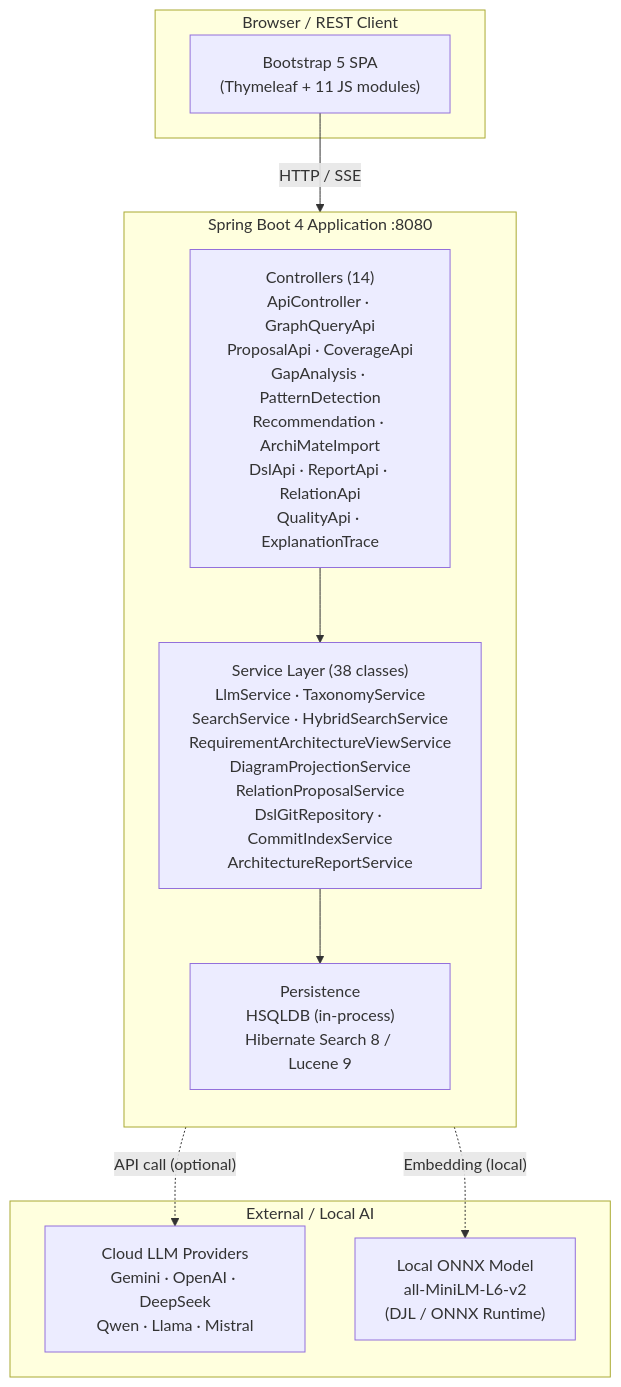
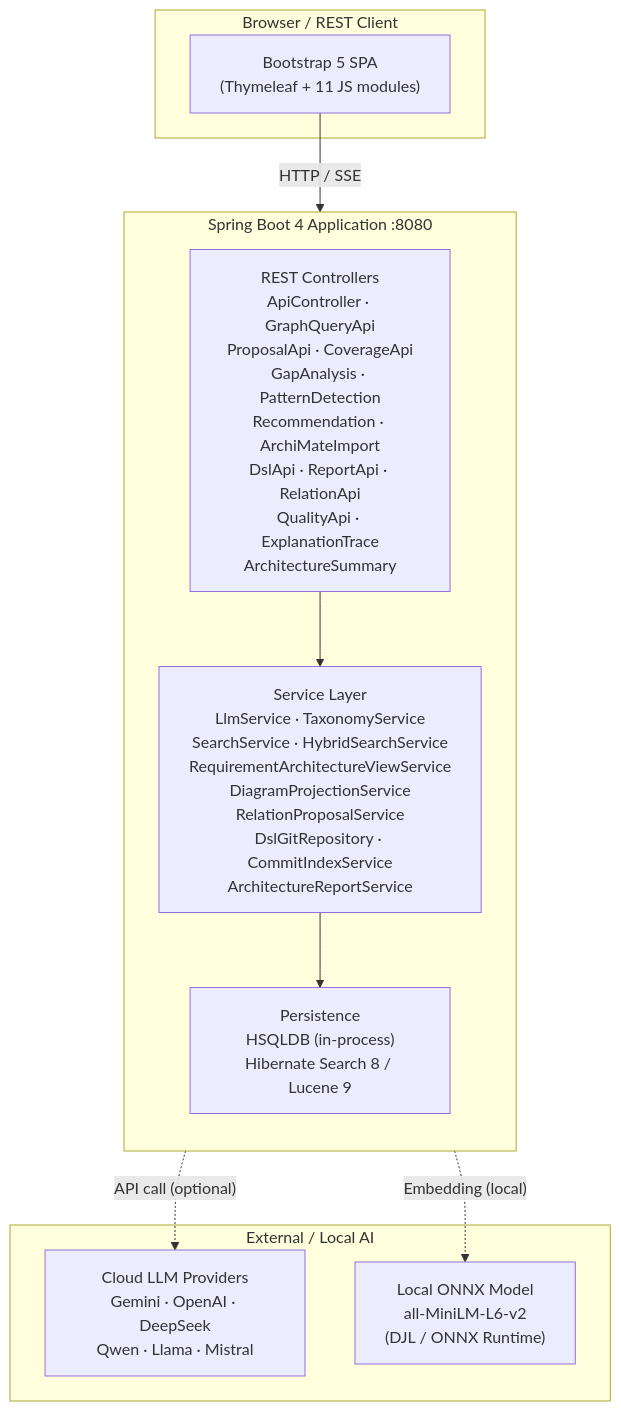
One commit to carstenartur/Taxonomy changed the first of 5 diagrams in docs/ARCHITECTURE.md. Above: the diagram before and after it, drawn with Mermaid. The commit also changed other lines of this file and 11 other files, not shown here.

````diff
--- a/docs/ARCHITECTURE.md
+++ b/docs/ARCHITECTURE.md
@@ -34,24 +35,24 @@
 ```mermaid
 graph TB
     subgraph Client["Browser / REST Client"]
         UI["Bootstrap 5 SPA<br/>(Thymeleaf + 11 JS modules)"]
     end
 
     subgraph App["Spring Boot 4 Application :8080"]
         direction TB
-        Controllers["Controllers (14)<br/>ApiController · GraphQueryApi<br/>ProposalApi · CoverageApi<br/>GapAnalysis · PatternDetection<br/>Recommendation · ArchiMateImport<br/>DslApi · ReportApi · RelationApi<br/>QualityApi · ExplanationTrace"]
-        Services["Service Layer (38 classes)<br/>LlmService · TaxonomyService<br/>SearchService · HybridSearchService<br/>RequirementArchitectureViewService<br/>DiagramProjectionService<br/>RelationProposalService<br/>DslGitRepository · CommitIndexService<br/>ArchitectureReportService"]
+        Controllers["REST Controllers<br/>ApiController · GraphQueryApi<br/>ProposalApi · CoverageApi<br/>GapAnalysis · PatternDetection<br/>Recommendation · ArchiMateImport<br/>DslApi · ReportApi · RelationApi<br/>QualityApi · ExplanationTrace<br/>ArchitectureSummary"]
+        Services["Service Layer<br/>LlmService · TaxonomyService<br/>SearchService · HybridSearchService<br/>RequirementArchitectureViewService<br/>DiagramProjectionService<br/>RelationProposalService<br/>DslGitRepository · CommitIndexService<br/>ArchitectureReportService"]
         Persistence["Persistence<br/>HSQLDB (in-process)<br/>Hibernate Search 8 / Lucene 9"]
     end
 
     subgraph External["External / Local AI"]
         LLM["Cloud LLM Providers<br/>Gemini · OpenAI · DeepSeek<br/>Qwen · Llama · Mistral"]
         ONNX["Local ONNX Model<br/>all-MiniLM-L6-v2<br/>(DJL / ONNX Runtime)"]
     end
 
     UI -->|"HTTP / SSE"| Controllers
     Controllers --> Services
     Services --> Persistence
     Services -.->|"API call (optional)"| LLM
     Services -.->|"Embedding (local)"| ONNX
 ```
````
